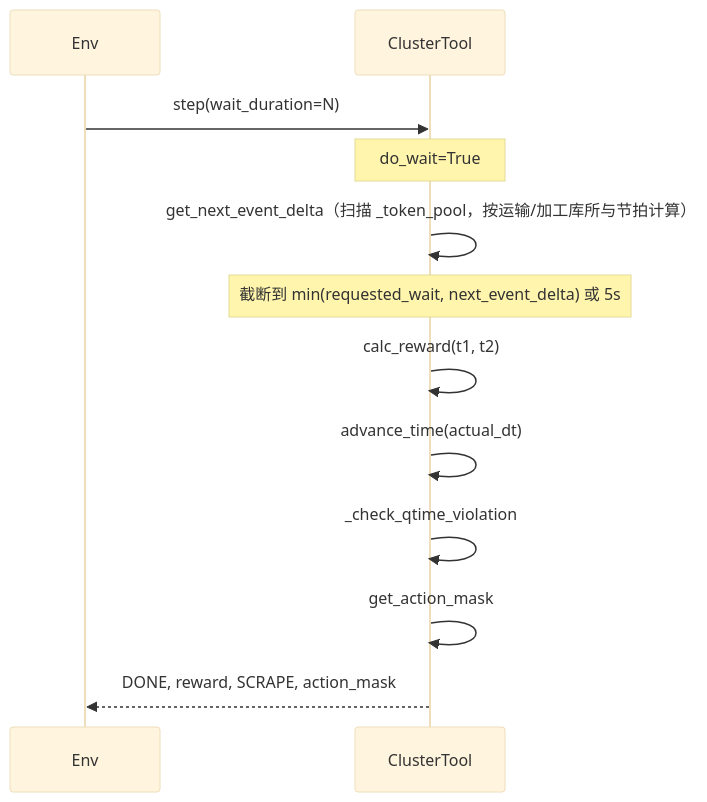
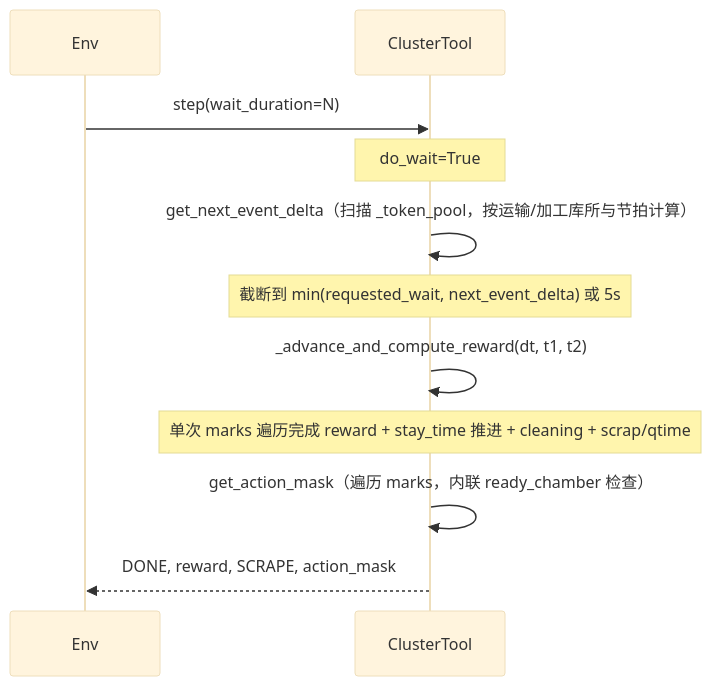
Before and after one commit to wikyzhibo/CT: the fifth of 8 diagrams in docs/架构.md, drawn with Mermaid (base theme). The commit also changed other lines of this file and 2 other files, not shown here.

Commit message:
重构advance+reward

````diff
--- a/docs/架构.md
+++ b/docs/架构.md
@@ -193,15 +191,14 @@
 ```mermaid
 sequenceDiagram
     participant Env
     participant ClusterTool
 
     Env->>ClusterTool: step(wait_duration=N)
     Note over ClusterTool: do_wait=True
     ClusterTool->>ClusterTool: get_next_event_delta（扫描 _token_pool，按运输/加工库所与节拍计算）
     Note over ClusterTool: 截断到 min(requested_wait, next_event_delta) 或 5s
-    ClusterTool->>ClusterTool: calc_reward(t1, t2)
-    ClusterTool->>ClusterTool: advance_time(actual_dt)
-    ClusterTool->>ClusterTool: _check_qtime_violation
-    ClusterTool->>ClusterTool: get_action_mask
+    ClusterTool->>ClusterTool: _advance_and_compute_reward(dt, t1, t2)
+    Note over ClusterTool: 单次 marks 遍历完成 reward + stay_time 推进 + cleaning + scrap/qtime
+    ClusterTool->>ClusterTool: get_action_mask（遍历 marks，内联 ready_chamber 检查）
     ClusterTool-->>Env: DONE, reward, SCRAPE, action_mask
 ```
````
